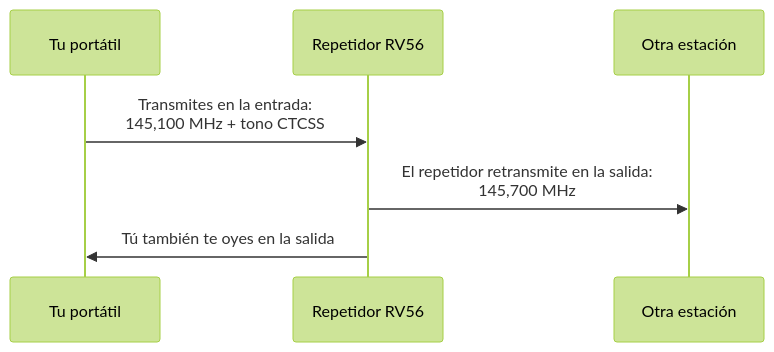
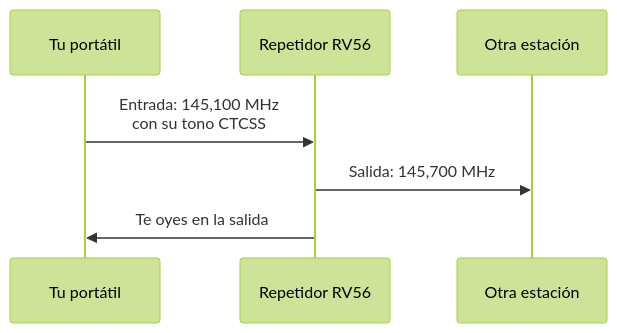
The second of 3 diagrams in docs/10-operacion.md (mshodai/manual-radioaficionado), drawn with Mermaid (forest theme) before and after one commit. The commit also changed other lines of this file and 33 other files, not shown here.

````diff
--- a/docs/10-operacion.md
+++ b/docs/10-operacion.md
@@ -227,9 +227,9 @@
 ```mermaid
 sequenceDiagram
     participant P as Tu portátil
     participant R as Repetidor RV56
     participant M as Otra estación
-    P->>R: Transmites en la entrada:<br/>145,100 MHz + tono CTCSS
-    R->>M: El repetidor retransmite en la salida:<br/>145,700 MHz
-    R->>P: Tú también te oyes en la salida
+    P->>R: Entrada: 145,100 MHz<br/>con su tono CTCSS
+    R->>M: Salida: 145,700 MHz
+    R->>P: Te oyes en la salida
 ```
````
